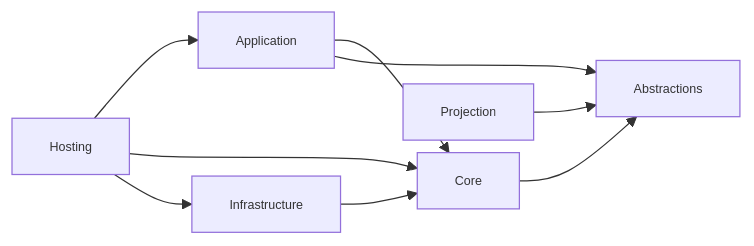
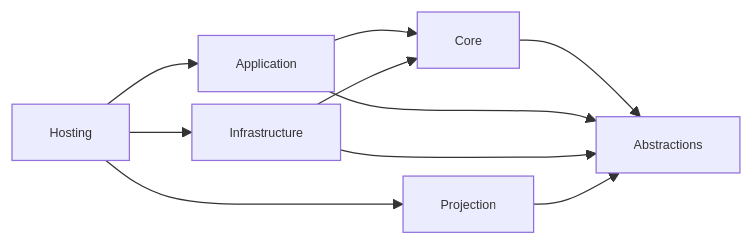
One commit to aevatarAI/aevatar changed the first of 2 diagrams in docs/SCRIPTING_ARCHITECTURE.md. Above: the diagram before and after it, drawn with Mermaid. The commit also changed other lines of this file and 68 other files, not shown here.

First line of the commit message:
Refactor scripting architecture and enhance runtime capabilities

````diff
--- a/docs/SCRIPTING_ARCHITECTURE.md
+++ b/docs/SCRIPTING_ARCHITECTURE.md
@@ -40,19 +50,20 @@
 ```mermaid
 %%{init: {"maxTextSize": 100000, "flowchart": {"useMaxWidth": false, "nodeSpacing": 10, "rankSpacing": 50}, "themeVariables": {"fontSize": "10px"}}}%%
 flowchart LR
     ABS["Abstractions"]
     CORE["Core"]
     APP["Application"]
     INFRA["Infrastructure"]
     HOST["Hosting"]
     PROJ["Projection"]
 
     CORE --> ABS
     APP --> CORE
     APP --> ABS
     INFRA --> CORE
+    INFRA --> ABS
     HOST --> APP
-    HOST --> CORE
     HOST --> INFRA
+    HOST --> PROJ
     PROJ --> ABS
 ```
````
